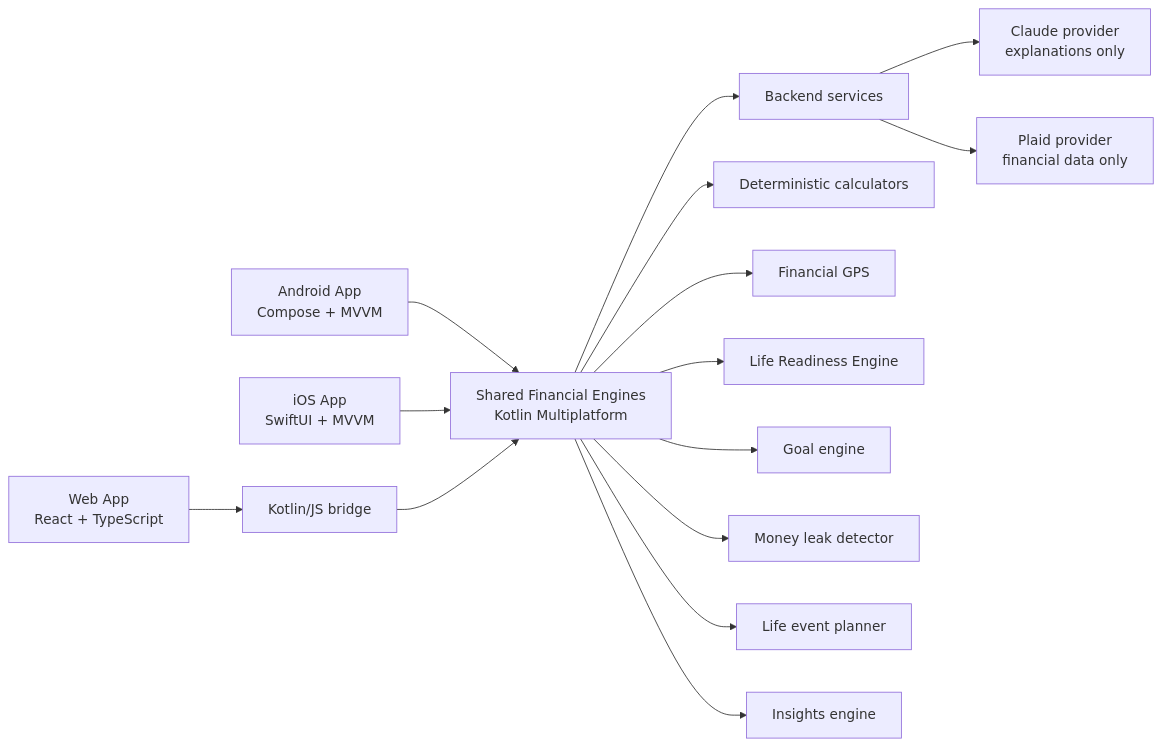
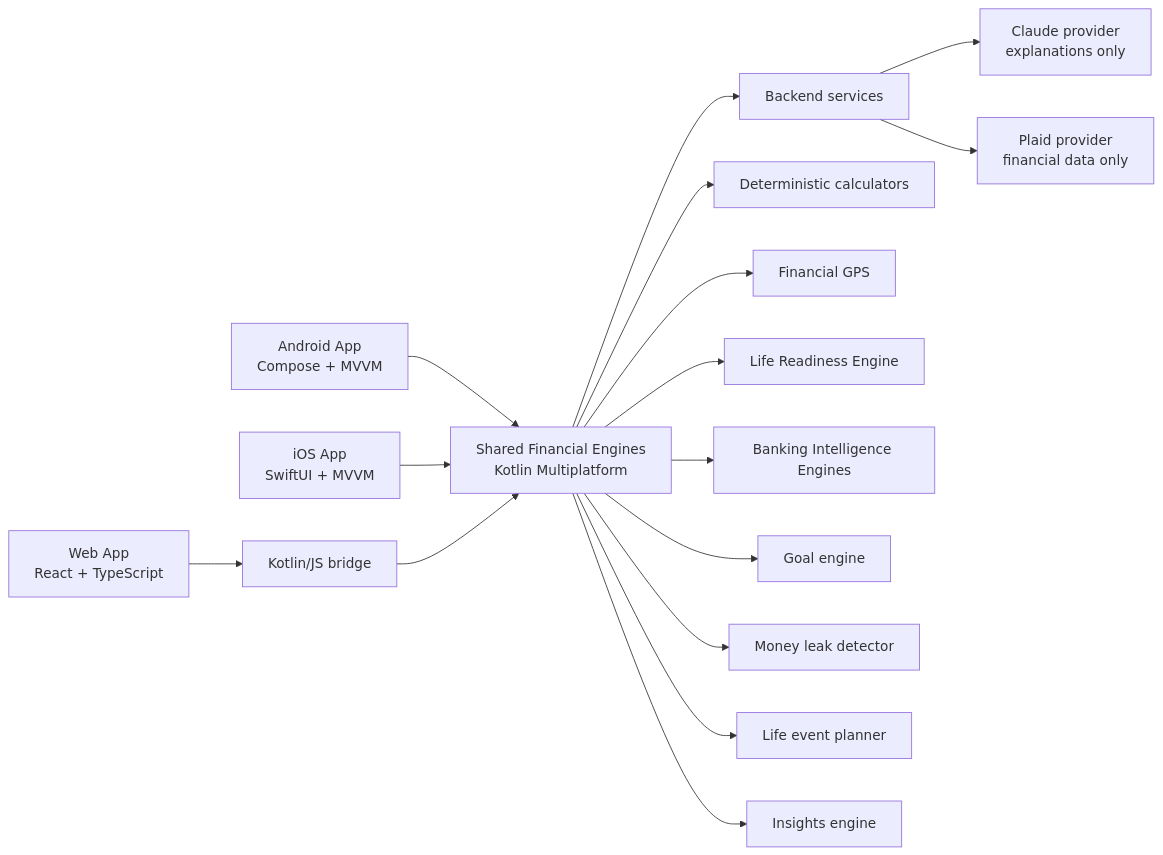
One commit to sagrawal2418/futureme-financial-ai changed the diagram in README.md. Above: the diagram before and after it, drawn with Mermaid. The commit also changed other lines of this file and 29 other files, not shown here.

Commit message:
Add banking intelligence platform (#4)

````diff
--- a/README.md
+++ b/README.md
@@ -57,22 +86,23 @@
 ```mermaid
 flowchart LR
     ANDROID["Android App<br/>Compose + MVVM"]
     IOS["iOS App<br/>SwiftUI + MVVM"]
     WEB["Web App<br/>React + TypeScript"]
 
     ANDROID --> CORE["Shared Financial Engines<br/>Kotlin Multiplatform"]
     IOS --> CORE
     WEB --> BRIDGE["Kotlin/JS bridge"] --> CORE
 
     CORE --> API["Backend services"]
     API --> CLAUDE["Claude provider<br/>explanations only"]
     API --> PLAID["Plaid provider<br/>financial data only"]
 
     CORE --> CALC["Deterministic calculators"]
     CORE --> GPS["Financial GPS"]
     CORE --> READY["Life Readiness Engine"]
+    CORE --> BANK["Banking Intelligence Engines"]
     CORE --> GOALS["Goal engine"]
     CORE --> LEAKS["Money leak detector"]
     CORE --> EVENTS["Life event planner"]
     CORE --> INSIGHTS["Insights engine"]
 ```
````
